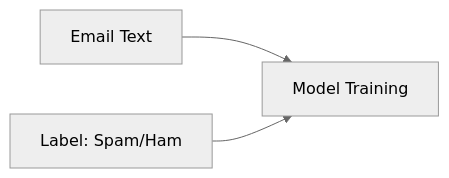
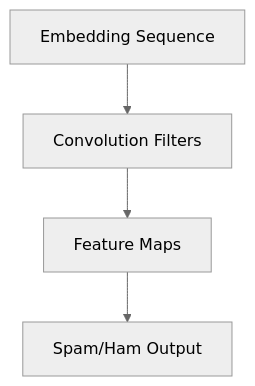
One commit to FortinetCloudCSE/genai-creator-lab changed the fifth of 6 diagrams in content/00introduction/introduction_ml.md. Above: the diagram before and after it, drawn with Mermaid (neutral theme). The commit also changed other lines of this file, not shown here.

````diff
--- a/content/00introduction/introduction_ml.md
+++ b/content/00introduction/introduction_ml.md
@@ -131,5 +363,6 @@
 ```mermaid
-graph LR
-    A[Email Text] --> C[Model Training]
-    B[Label: Spam/Ham] --> C
+graph TD
+    A[Embedding Sequence] --> B[Convolution Filters]
+    B --> C[Feature Maps]
+    C --> D[Spam/Ham Output]
 ```
````
